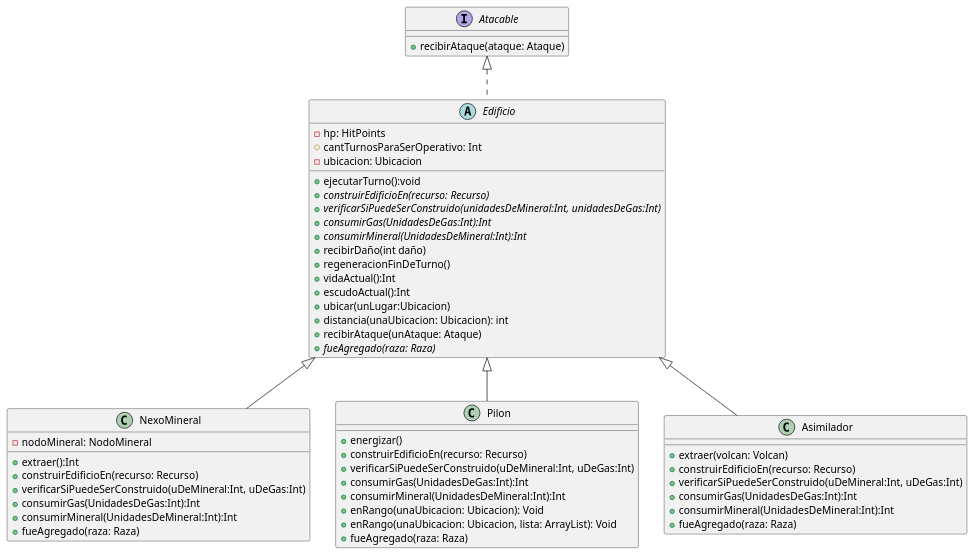
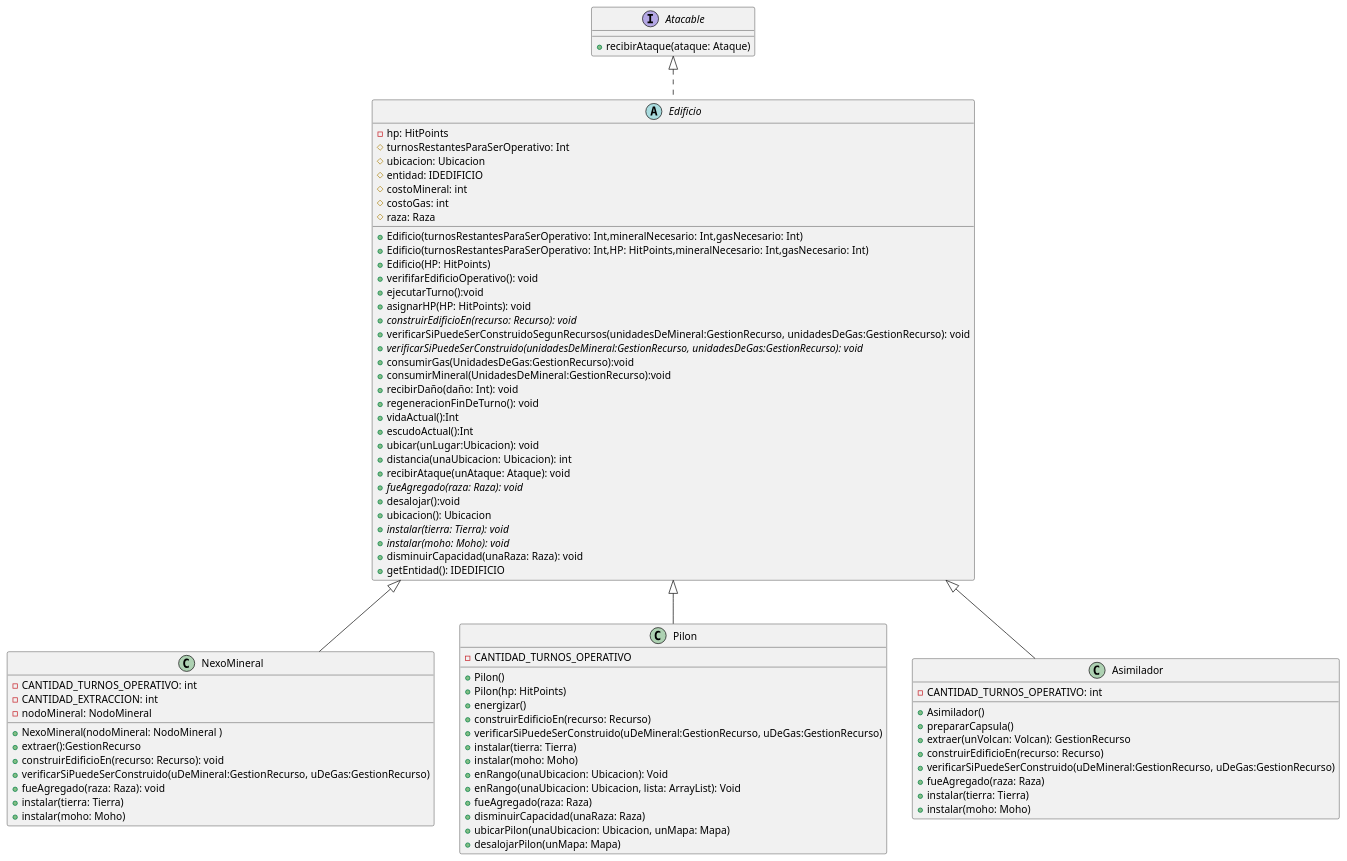
Before and after one commit to nicolasgirardi/algo3_TP2_AlgoStar: the diagram in diagrams/classes/EdificiosProtoss1.puml, drawn with PlantUML. The commit also changed 3 other files, not shown here.

```diff
--- a/diagrams/classes/EdificiosProtoss1.puml
+++ b/diagrams/classes/EdificiosProtoss1.puml
@@ -1,68 +1,97 @@
 @startuml
 'https://plantuml.com/class-diagram
 
 class NexoMineral{
+    -CANTIDAD_TURNOS_OPERATIVO: int
+    -CANTIDAD_EXTRACCION: int
+    -nodoMineral: NodoMineral
 
-    -nodoMineral: NodoMineral
-    +extraer():Int
-    +construirEdificioEn(recurso: Recurso)
-    +verificarSiPuedeSerConstruido(uDeMineral:Int, uDeGas:Int)
-    + consumirGas(UnidadesDeGas:Int):Int
-    + consumirMineral(UnidadesDeMineral:Int):Int
-    + fueAgregado(raza: Raza)
+    +NexoMineral(nodoMineral: NodoMineral )
+    +extraer():GestionRecurso
+    +construirEdificioEn(recurso: Recurso): void
+    +verificarSiPuedeSerConstruido(uDeMineral:GestionRecurso, uDeGas:GestionRecurso)
+    + fueAgregado(raza: Raza): void
+    +instalar(tierra: Tierra)
+    +instalar(moho: Moho)
 
 }
 
 class Pilon{
+    -CANTIDAD_TURNOS_OPERATIVO
 
+    +Pilon()
+    +Pilon(hp: HitPoints)
     +energizar()
     +construirEdificioEn(recurso: Recurso)
-    +verificarSiPuedeSerConstruido(uDeMineral:Int, uDeGas:Int)
-    + consumirGas(UnidadesDeGas:Int):Int
-    + consumirMineral(UnidadesDeMineral:Int):Int
+    +verificarSiPuedeSerConstruido(uDeMineral:GestionRecurso, uDeGas:GestionRecurso)
+    +instalar(tierra: Tierra)
+    +instalar(moho: Moho)
     + enRango(unaUbicacion: Ubicacion): Void
     + enRango(unaUbicacion: Ubicacion, lista: ArrayList): Void
     + fueAgregado(raza: Raza)
+    +disminuirCapacidad(unaRaza: Raza)
+    +ubicarPilon(unaUbicacion: Ubicacion, unMapa: Mapa)
+    +desalojarPilon(unMapa: Mapa)
 }
 
 class Asimilador{
+    -CANTIDAD_TURNOS_OPERATIVO: int
 
-    +extraer(volcan: Volcan)
+    +Asimilador()
+    +prepararCapsula()
+    +extraer(unVolcan: Volcan): GestionRecurso
     +construirEdificioEn(recurso: Recurso)
-    +verificarSiPuedeSerConstruido(uDeMineral:Int, uDeGas:Int)
-    + consumirGas(UnidadesDeGas:Int):Int
-    + consumirMineral(UnidadesDeMineral:Int):Int
-    + fueAgregado(raza: Raza)
+    +verificarSiPuedeSerConstruido(uDeMineral:GestionRecurso, uDeGas:GestionRecurso)
+    +fueAgregado(raza: Raza)
+    +instalar(tierra: Tierra)
+    +instalar(moho: Moho)
 }
 
 
 
 interface Atacable {
     +recibirAtaque(ataque: Ataque)
 }
 
 
 abstract class Edificio {
     -hp: HitPoints
-    #cantTurnosParaSerOperativo: Int
-    -ubicacion: Ubicacion
-    +ejecutarTurno():void
-    + {abstract} construirEdificioEn(recurso: Recurso)
-    + {abstract} verificarSiPuedeSerConstruido(unidadesDeMineral:Int, unidadesDeGas:Int)
-    + {abstract} consumirGas(UnidadesDeGas:Int):Int
-    + {abstract} consumirMineral(UnidadesDeMineral:Int):Int
-    +recibirDaño(int daño)
-    +regeneracionFinDeTurno()
-    +vidaActual():Int
-    +escudoActual():Int
-    + ubicar(unLugar:Ubicacion)
-    + distancia(unaUbicacion: Ubicacion): int
-    +recibirAtaque(unAtaque: Ataque)
-    + {abstract} fueAgregado(raza: Raza)
+        #turnosRestantesParaSerOperativo: Int
+        #ubicacion: Ubicacion
+        #entidad: IDEDIFICIO
+        #costoMineral: int
+        #costoGas: int
+        #raza: Raza
+
+        +Edificio(turnosRestantesParaSerOperativo: Int,mineralNecesario: Int,gasNecesario: Int)
+        +Edificio(turnosRestantesParaSerOperativo: Int,HP: HitPoints,mineralNecesario: Int,gasNecesario: Int)
+        +Edificio(HP: HitPoints)
+        +verififarEdificioOperativo(): void
+        +ejecutarTurno():void
+        +asignarHP(HP: HitPoints): void
+        + {abstract} construirEdificioEn(recurso: Recurso): void
+        + verificarSiPuedeSerConstruidoSegunRecursos(unidadesDeMineral:GestionRecurso, unidadesDeGas:GestionRecurso): void
+        + {abstract} verificarSiPuedeSerConstruido(unidadesDeMineral:GestionRecurso, unidadesDeGas:GestionRecurso): void
+        +consumirGas(UnidadesDeGas:GestionRecurso):void
+        +consumirMineral(UnidadesDeMineral:GestionRecurso):void
+        +recibirDaño(daño: Int): void
+        +regeneracionFinDeTurno(): void
+        +vidaActual():Int
+        +escudoActual():Int
+        + ubicar(unLugar:Ubicacion): void
+        + distancia(unaUbicacion: Ubicacion): int
+        +recibirAtaque(unAtaque: Ataque): void
+        + {abstract} fueAgregado(raza: Raza): void
+        +desalojar():void
+        +ubicacion(): Ubicacion
+        +{abstract} instalar(tierra: Tierra): void
+        +{abstract} instalar(moho: Moho): void
+        +disminuirCapacidad(unaRaza: Raza): void
+        +getEntidad(): IDEDIFICIO
 }
 
 Edificio <|-- NexoMineral
 Edificio <|-- Pilon
 Edificio <|-- Asimilador
 Atacable <|.. Edificio
 @enduml
```
